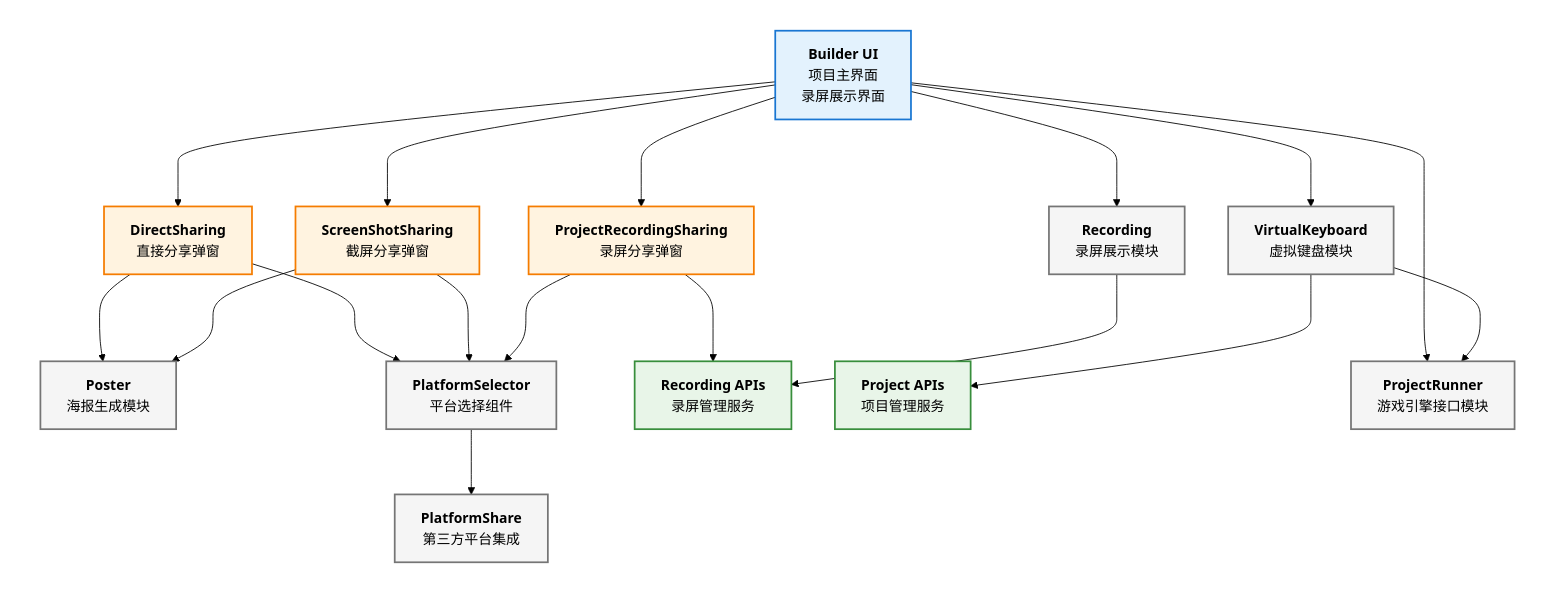
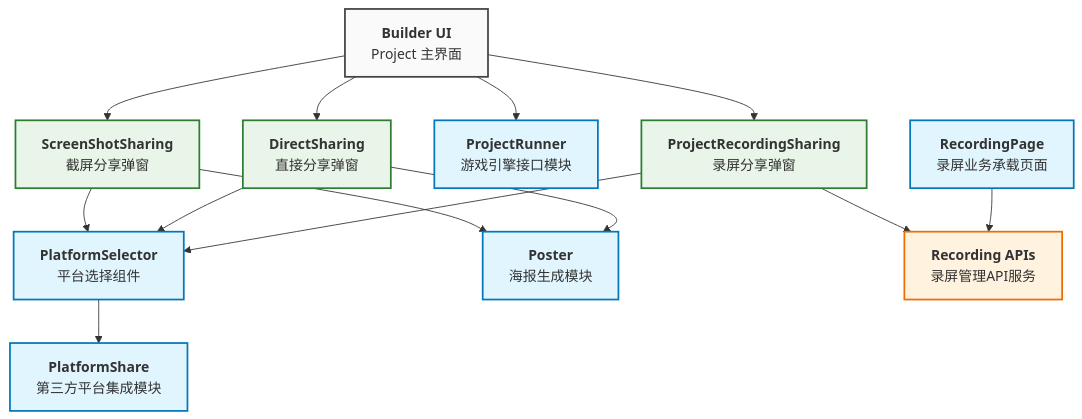
One commit to goplus/builder changed the diagram in docs/develop/share/index.md. Above: the diagram before and after it, drawn with Mermaid. The commit also changed other lines of this file and 9 other files, not shown here.

````diff
--- a/docs/develop/share/index.md
+++ b/docs/develop/share/index.md
@@ -85,107 +74,74 @@
 ```mermaid
 graph TB
-    %% 主界面层
-    subgraph MainLayer["主界面层"]
-        BuilderUI["`**Builder UI**
-        项目主界面
-        录屏展示界面`"]
-    end
+    %% XBuilder 主界面
+    BuilderUI["`**Builder UI**
+    Project 主界面`"]
 
-    %% 功能模块层
-    subgraph FunctionLayer["功能模块层"]
-        VirtualKeyboard["`**VirtualKeyboard**
-        虚拟键盘模块`"]
-        
-        ProjectRunner["`**ProjectRunner**
-        游戏引擎接口模块`"]
-        
-        Recording["`**Recording**
-        录屏展示模块`"]
-    end
+    %% 分享方式 UI 层
+    DirectSharing["`**DirectSharing**
+    直接分享弹窗`"]
 
-    %% API 服务层
-    subgraph APILayer["API 服务层"]
-        RecordingAPIs["`**Recording APIs**
-        录屏管理服务`"]
-        
-        ProjectAPIs["`**Project APIs**
-        项目管理服务`"]
-    end
+    ScreenShotSharing["`**ScreenShotSharing**
+    截屏分享弹窗`"]
 
-    %% 分享界面层
-    subgraph ShareLayer["分享界面层"]
-        DirectSharing["`**DirectSharing**
-        直接分享弹窗`"]
-        
-        ProjectRecordingSharing["`**ProjectRecordingSharing**
-        录屏分享弹窗`"]
-        
-        ScreenShotSharing["`**ScreenShotSharing**
-        截屏分享弹窗`"]
-    end
+    ProjectRunner["`**ProjectRunner**
+    游戏引擎接口模块`"]
 
-    %% 平台集成层
-    subgraph PlatformLayer["平台集成层"]
-        PlatformSelector["`**PlatformSelector**
-        平台选择组件`"]
-        
-        PlatformShare["`**PlatformShare**
-        第三方平台集成`"]
-    end
+    ProjectRecordingSharing["`**ProjectRecordingSharing**
+    录屏分享弹窗`"]
 
-    %% 核心处理层
-    subgraph CoreLayer["核心处理层"]
-        Poster["`**Poster**
-        海报生成模块`"]
-    end
+    %% 平台相关模块
+    PlatformSelector["`**PlatformSelector**
+    平台选择组件`"]
 
-    %% 主要流程连接
-    BuilderUI --> VirtualKeyboard
-    BuilderUI --> ProjectRunner
-    BuilderUI --> Recording
+    PlatformShare["`**PlatformShare**
+    第三方平台集成模块`"]
+
+    %% 核心功能模块
+    Poster["`**Poster**
+    海报生成模块`"]
+
+    RecordingPage["`**RecordingPage**
+    录屏业务承载页面`"]
+
+    RecordingAPIs["`**Recording APIs**
+    录屏管理API服务`"]
+
+    %% 主界面到分享弹窗
     BuilderUI --> DirectSharing
     BuilderUI --> ScreenShotSharing
     BuilderUI --> ProjectRecordingSharing
+    BuilderUI --> ProjectRunner
 
-    %% 功能模块间连接
-    VirtualKeyboard --> ProjectRunner
-    VirtualKeyboard --> ProjectAPIs
+    %% 分享弹窗到平台选择器
 
-    %% 分享流程连接
+    ScreenShotSharing --> PlatformSelector
     DirectSharing --> PlatformSelector
-    ScreenShotSharing --> PlatformSelector
     ProjectRecordingSharing --> PlatformSelector
 
-    %% 平台处理流程
+    %% 平台选择器到平台集成
     PlatformSelector --> PlatformShare
 
-    %% 内容生成流程
+    %% 截屏分享流程
+    ScreenShotSharing --> Poster
     DirectSharing --> Poster
-    ScreenShotSharing --> Poster
 
-    %% API 调用关系
+    %% 录屏分享流程
     ProjectRecordingSharing --> RecordingAPIs
-    Recording --> RecordingAPIs
 
-    %% 去掉所有subgraph的背景色，只保留边框
-    %%{init: {"theme": "base", "themeVariables": {"primaryColor": "transparent", "primaryTextColor": "#000", "primaryBorderColor": "#000", "lineColor": "#000", "secondaryColor": "transparent", "tertiaryColor": "transparent", "background": "transparent", "mainBkg": "transparent", "secondaryBkg": "transparent"}}}%%
+    %% 底层协作
+    RecordingPage --> RecordingAPIs
 
     %% 样式定义
-    classDef uiLayer fill:#e3f2fd,stroke:#1976d2,stroke-width:2px,color:#000
-    classDef unifiedLayer fill:#f5f5f5,stroke:#757575,stroke-width:2px,color:#000
-    classDef shareLayer fill:#fff3e0,stroke:#f57c00,stroke-width:2px,color:#000
-    classDef apiLayer fill:#e8f5e8,stroke:#388e3c,stroke-width:2px,color:#000
+    classDef coreModule fill:#e1f5fe,stroke:#0277bd,stroke-width:2px
+    classDef platformModule fill:#e1f5fe,stroke:#0277bd,stroke-width:2px
+    classDef uiModule fill:#e8f5e8,stroke:#2e7d32,stroke-width:2px
+    classDef apiModule fill:#fff3e0,stroke:#ef6c00,stroke-width:2px
+    classDef builderModule fill:#fafafa,stroke:#424242,stroke-width:2px
 
-    class BuilderUI uiLayer
-    class VirtualKeyboard,ProjectRunner,Recording,PlatformSelector,PlatformShare,Poster unifiedLayer
-    class DirectSharing,ScreenShotSharing,ProjectRecordingSharing shareLayer
-    class RecordingAPIs,ProjectAPIs apiLayer
-
-    %% 设置所有subgraph为完全透明，无边框
-    style MainLayer fill:transparent,stroke:transparent,stroke-width:0px
-    style FunctionLayer fill:transparent,stroke:transparent,stroke-width:0px
-    style APILayer fill:transparent,stroke:transparent,stroke-width:0px
-    style ShareLayer fill:transparent,stroke:transparent,stroke-width:0px
-    style PlatformLayer fill:transparent,stroke:transparent,stroke-width:0px
-    style CoreLayer fill:transparent,stroke:transparent,stroke-width:0px
+    class Poster,ProjectRunner,RecordingPage coreModule
+    class PlatformSelector,PlatformShare platformModule
+    class DirectSharing,ScreenShotSharing,ProjectRecordingSharing uiModule
+    class RecordingAPIs apiModule
+    class BuilderUI builderModule
 ```
````
